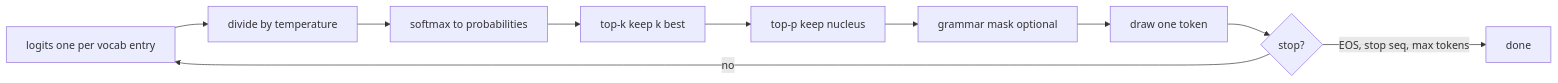
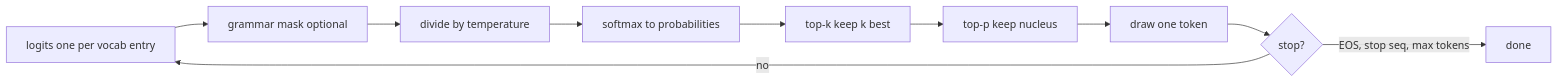
Before and after one commit to XayyamSadigov/ai-engineering-book: the third of 3 diagrams in book/chapters/02-how-llms-work-for-engineers.md, drawn with Mermaid. The commit also changed other lines of this file, not shown here.

First line of the commit message:
Edit Chapter 2 for clarity and teaching flow

````diff
--- a/book/chapters/02-how-llms-work-for-engineers.md
+++ b/book/chapters/02-how-llms-work-for-engineers.md
@@ -155,12 +157,12 @@
 ```mermaid
 flowchart LR
-    L["logits one per vocab entry"] --> T["divide by temperature"]
+    L["logits one per vocab entry"] --> M["grammar mask optional"]
+    M --> T["divide by temperature"]
     T --> SM["softmax to probabilities"]
     SM --> K["top-k keep k best"]
     K --> P["top-p keep nucleus"]
-    P --> M["grammar mask optional"]
-    M --> D["draw one token"]
+    P --> D["draw one token"]
     D --> ST{"stop?"}
     ST -->|EOS, stop seq, max tokens| END["done"]
     ST -->|no| L
 ```
````
